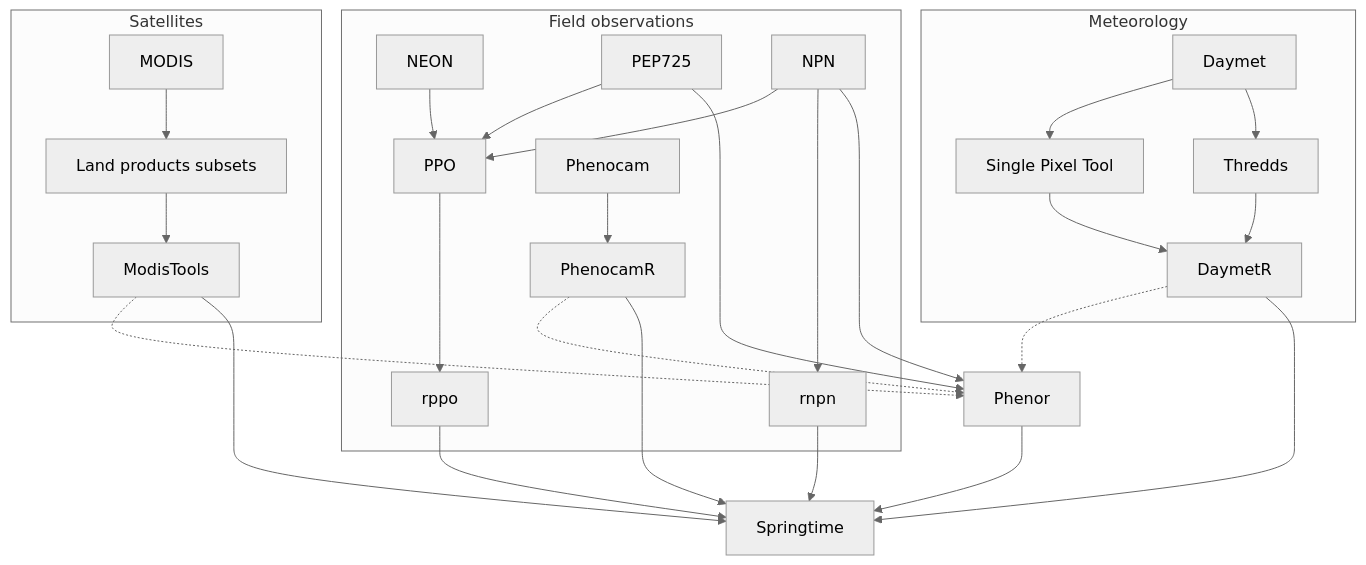
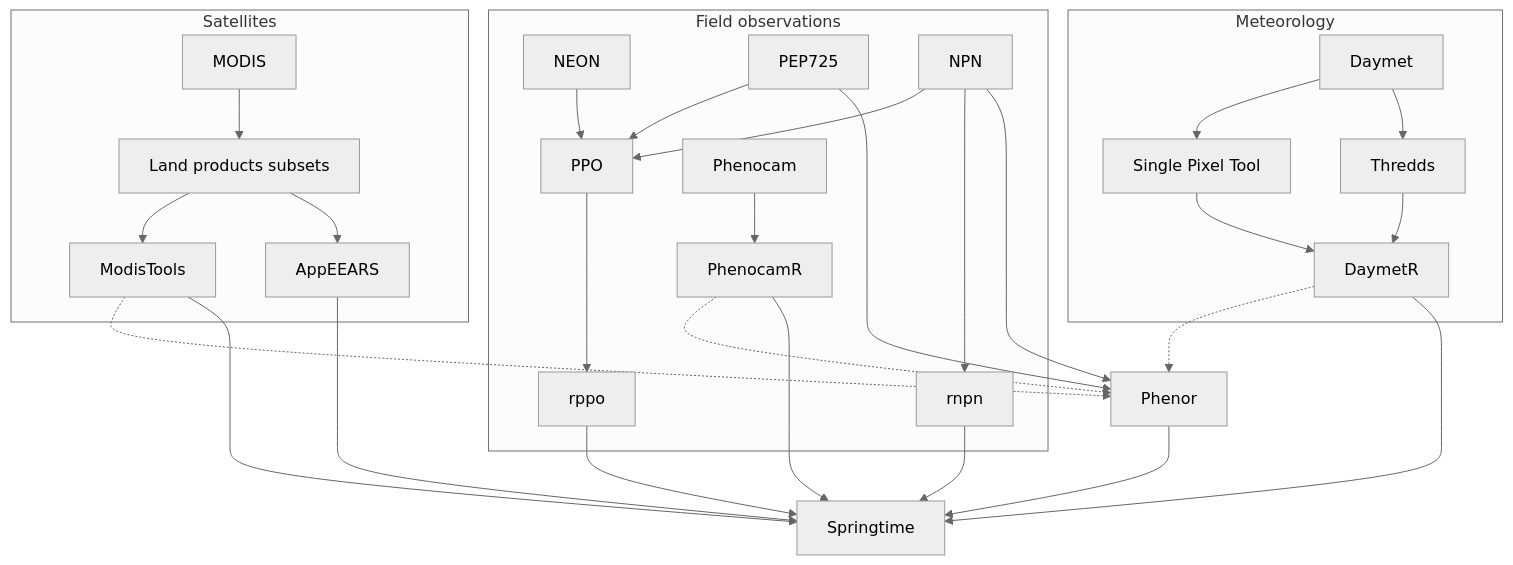
Before and after one commit to phenology/springtime: the diagram in docs/datasets.md, drawn with Mermaid (neutral theme). The commit also changed 13 other files, not shown here.

````diff
--- a/docs/datasets.md
+++ b/docs/datasets.md
@@ -14,52 +14,54 @@
 ```mermaid
 flowchart TD
 
     %% Field observations
     subgraph Field observations
     F3[NEON]
     F1[PEP725]
     F2[NPN]
     F4[PPO]
     F5[rppo]
     F6[Phenocam]
     F7[PhenocamR]
     F8[rnpn]
     end
 
     %% Meteorology
     subgraph Meteorology
     M1[Daymet]
     M2[Single Pixel Tool]
     M3[Thredds]
     M4[DaymetR]
     %% M5[E-OBS]
     %% M6[cdsapi]
     end
 
     %% Satellites
     subgraph Satellites
     %% S1[Sentinel]
     S2[MODIS]
     S3[Land products subsets]
     S4[ModisTools]
+    S5[AppEEARS]
     end
 
     %% packages
     P1[Phenor]
 
     %% connections
     M1 --> M2 & M3 --> M4
     %% M5 ---> M6
     F1 & F2 & F3 --> F4
     F2 --> F8
     S2 --> S3 --> S4
+    S3 --> S5
     F6 --> F7
     F4 ---> F5
     S4 & M4 & F7 -.-> P1
     F1 & F2 ----> P1
 
     %% Springtime
     S1[Springtime]
-    S4 & M4 & F7 & F5 & P1 --> S1
+    S4 & S5 & M4 & F7 & F5 & P1 --> S1
     F8 --> S1
 ```
````
